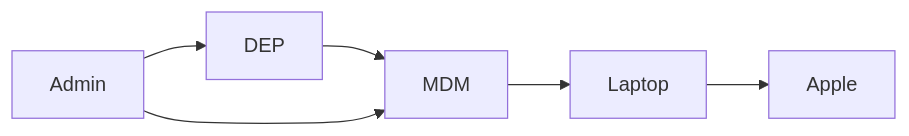
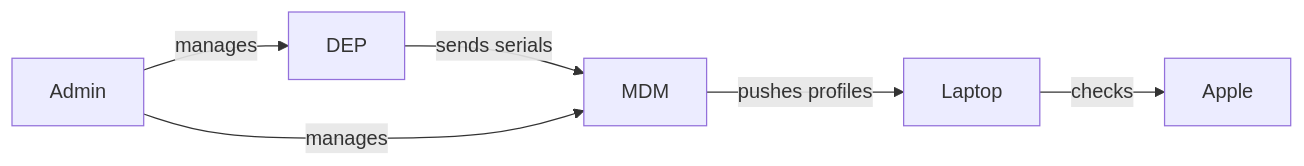
The diagram in README.md (binarynomad/macbuild), drawn with Mermaid before and after one commit.

````diff
--- a/README.md
+++ b/README.md
@@ -5,7 +5,8 @@
 ```mermaid
 graph LR;
-DEP --> MDM;
-MDM -->Laptop;
-Laptop --> Apple;
-Admin --> DEP & MDM;
+DEP -- sends serials --> MDM
+MDM -- pushes profiles -->Laptop
+Laptop -- checks --> Apple
+Admin -- manages --> DEP & MDM
+
 ```
````
